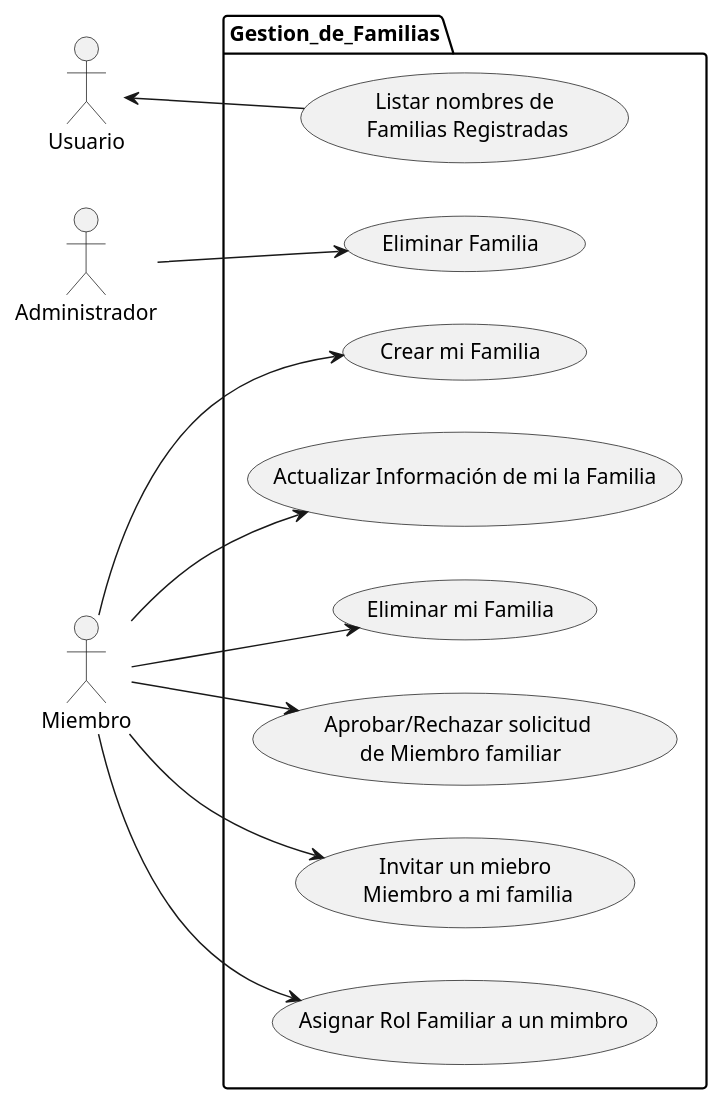
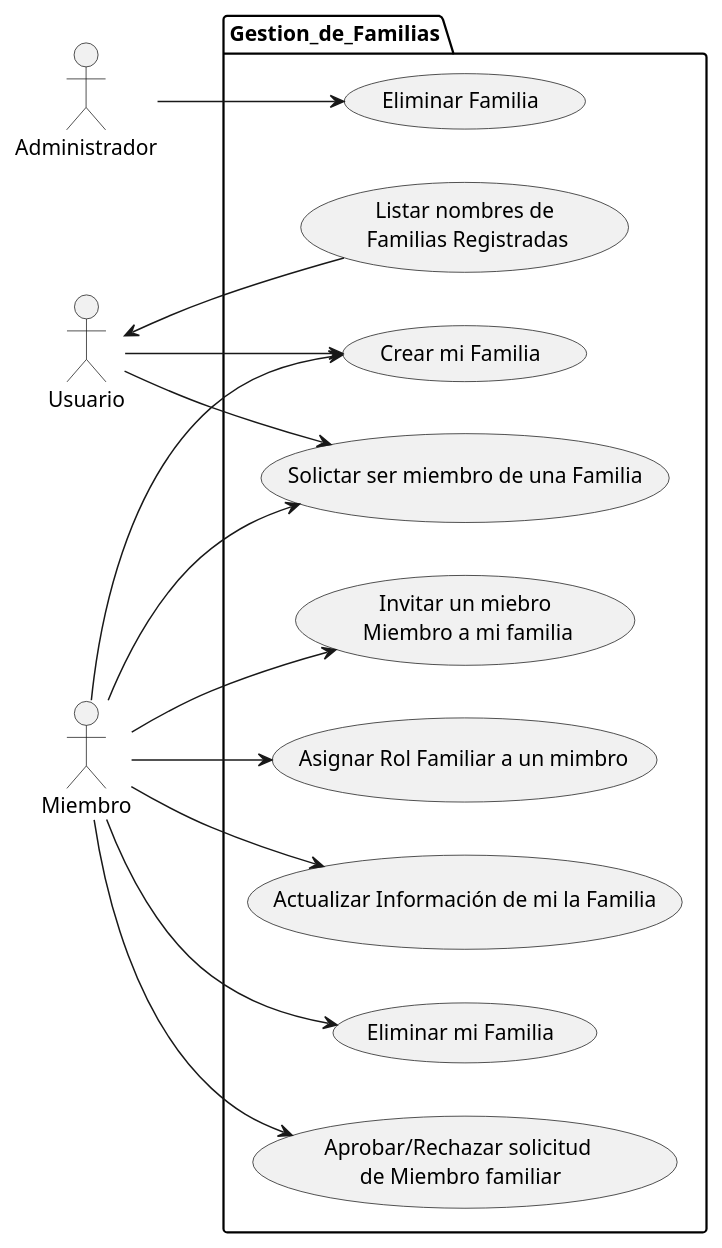
The diagram in src/GastosFamiliares/Documentacion/3-DiagramaDeCasosDeUsoDeFamilia.puml (arrietajohn/GastosFamiliaresJPA), drawn with PlantUML before and after one commit. The commit also changed 3 other files, not shown here.

Commit message:
feat(Caso-Uso-Crear-Familia) ** Creamos clases FamiliaDao y FamiliaDatoTest

```diff
--- a/src/GastosFamiliares/Documentacion/3-DiagramaDeCasosDeUsoDeFamilia.puml
+++ b/src/GastosFamiliares/Documentacion/3-DiagramaDeCasosDeUsoDeFamilia.puml
@@ -1,18 +1,21 @@
 @startuml
 left to right direction
 
 actor Usuario as User
 actor Administrador as Admin
 actor Miembro as Miembro
 
 package Gestion_de_Familias {
+    User --> (Crear mi Familia)
+    User --> (Solictar ser miembro de una Familia)
+    Miembro --> (Solictar ser miembro de una Familia)
     Miembro  --> (Crear mi Familia)
     Miembro --> (Actualizar Información de mi la Familia)
     Miembro --> (Eliminar mi Familia)
     Admin --> (Eliminar Familia)
     Miembro --> (Invitar un miebro\n Miembro a mi familia)
     Miembro --> (Asignar Rol Familiar a un mimbro)
     User <-- (Listar nombres de\n Familias Registradas)
     Miembro --> (Aprobar/Rechazar solicitud \nde Miembro familiar)
 }
 @enduml
```
